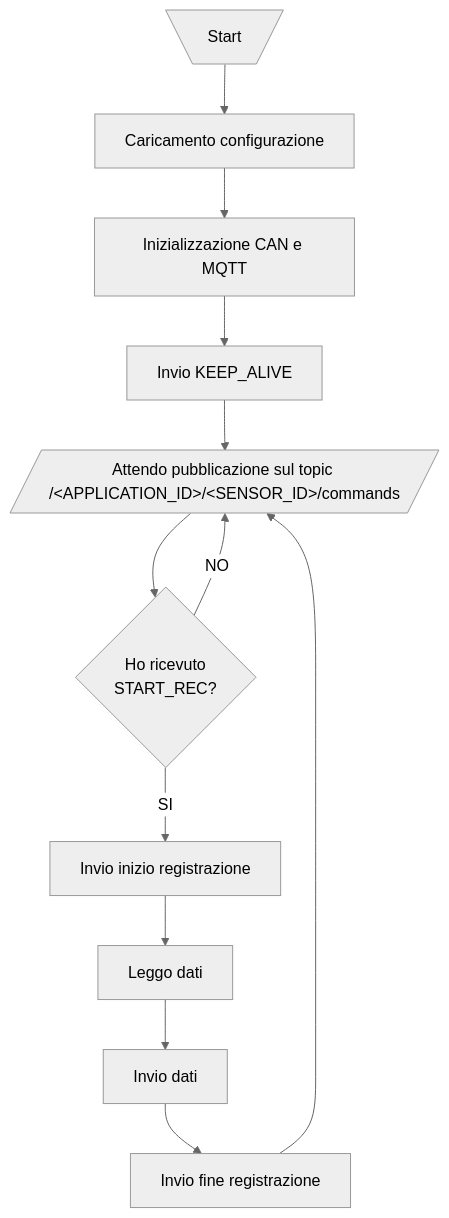
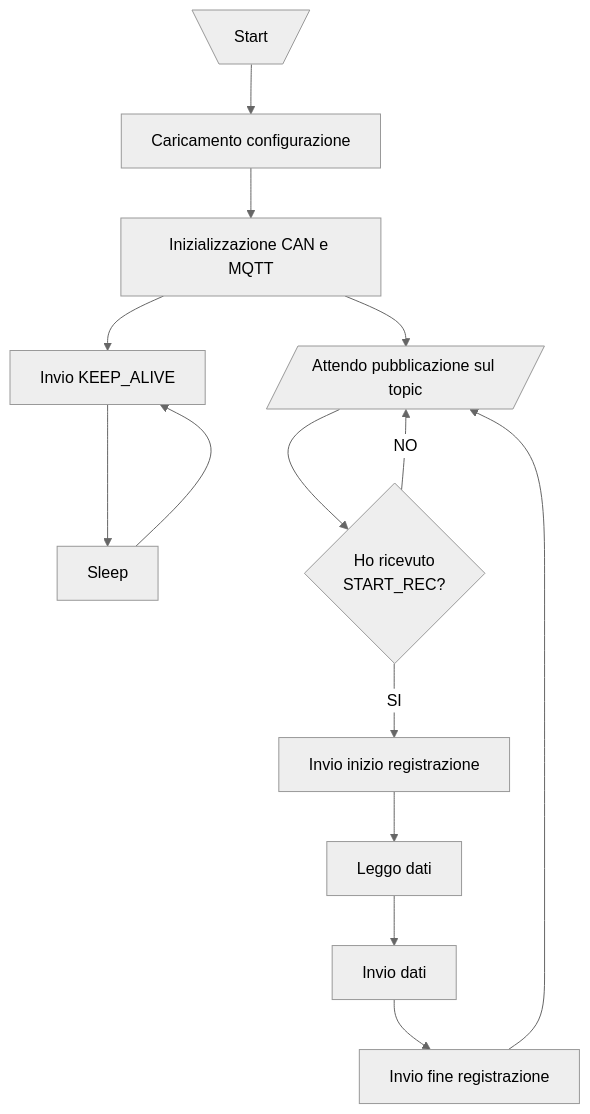
One commit to monemasrl/irma changed the diagram in node/node.md. Above: the diagram before and after it, drawn with Mermaid (neutral theme). The commit also changed other lines of this file and 3 other files, not shown here.

````diff
--- a/node/node.md
+++ b/node/node.md
@@ -22,15 +24,17 @@
 ```mermaid
 flowchart TD
   A[\Start/] --> B[Caricamento configurazione]
   B --> C[Inizializzazione CAN e MQTT]
-  C --> D[Invio KEEP_ALIVE]
-  D --> E[/Attendo pubblicazione sul topic /&ltAPPLICATION_ID&gt/&ltSENSOR_ID&gt/commands/]
+  C --> J[Invio KEEP_ALIVE]
+  J --> K[Sleep]
+  K --> J
+  C --> E[/Attendo pubblicazione sul topic/]
   E --> L{Ho ricevuto<br />START_REC?}
   L -- SI --> F[Invio inizio registrazione]
   L -- NO --> E
   F --> G[Leggo dati]
   G --> H[Invio dati]
   H --> I[Invio fine registrazione]
   I --> E
 
 ```
````
